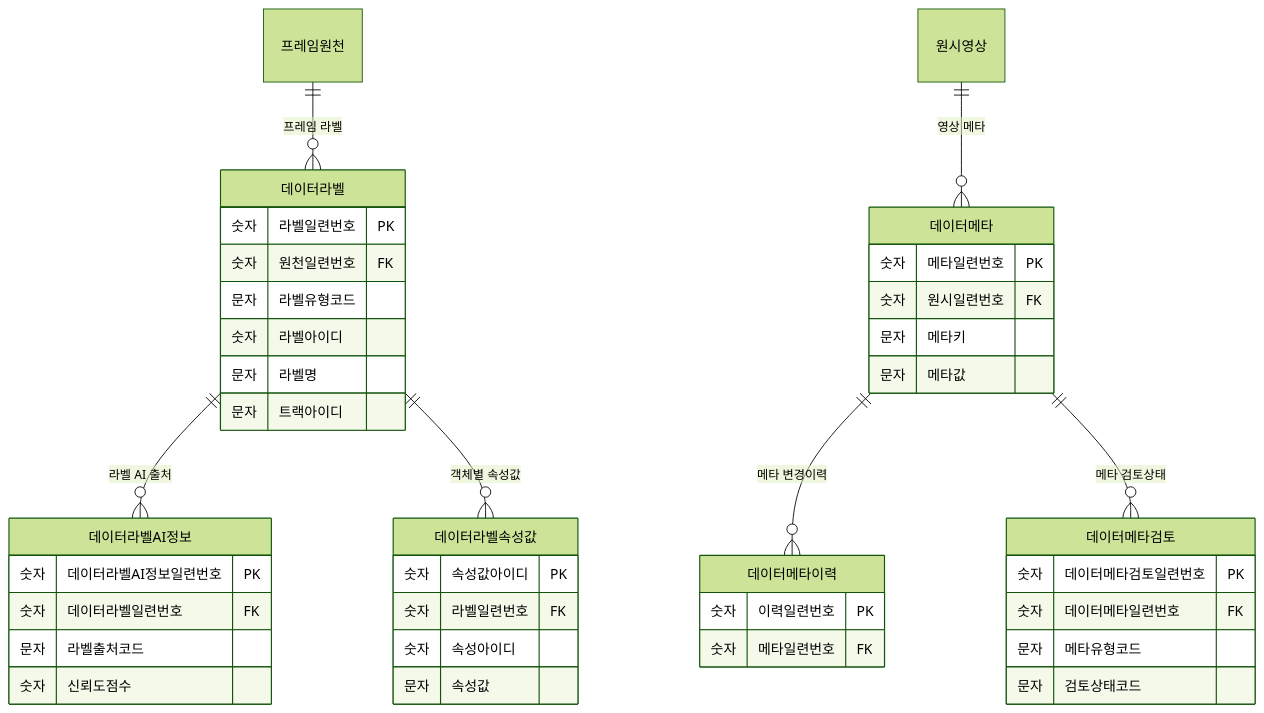
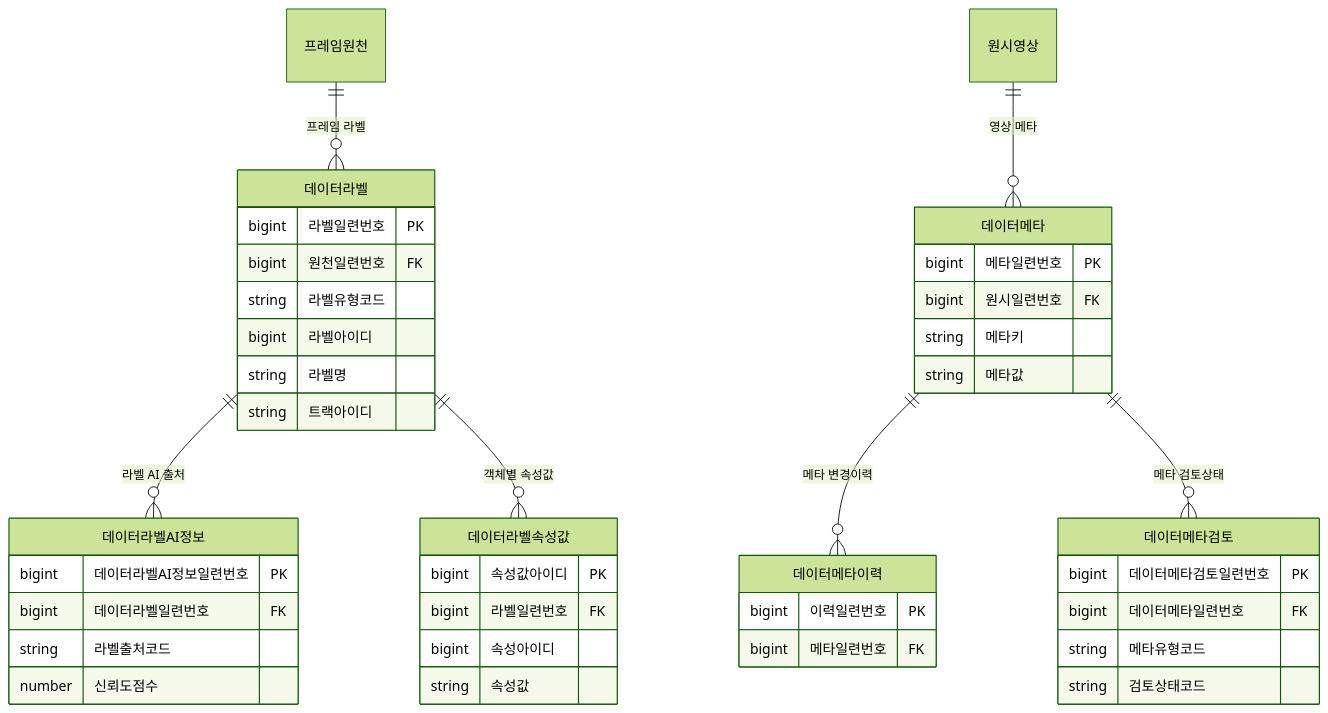
The second of 14 diagrams in docs/0705/D8-엔티티관계모형설계서.md (New-stella/klid-label), drawn with Mermaid (forest theme) before and after one commit. The commit also changed other lines of this file and 1 other file, not shown here.

First line of the commit message:
docs(D8): §2 속성명 한글화 + §1 ERD 타입 물리 원형 복원

````diff
--- a/docs/0705/D8-엔티티관계모형설계서.md
+++ b/docs/0705/D8-엔티티관계모형설계서.md
@@ -99,51 +99,51 @@
 ```mermaid
 erDiagram
     프레임원천 ||--o{ 데이터라벨 : "프레임 라벨"
     데이터라벨 ||--o{ 데이터라벨AI정보 : "라벨 AI 출처"
     데이터라벨 ||--o{ 데이터라벨속성값 : "객체별 속성값"
     원시영상 ||--o{ 데이터메타 : "영상 메타"
     데이터메타 ||--o{ 데이터메타이력 : "메타 변경이력"
     데이터메타 ||--o{ 데이터메타검토 : "메타 검토상태"
     데이터라벨 {
         %% class: LsDataLbl (KLID-AT-DC-073)
-        숫자 라벨일련번호 PK
-        숫자 원천일련번호 FK
-        문자 라벨유형코드
-        숫자 라벨아이디
-        문자 라벨명
-        문자 트랙아이디
+        bigint 라벨일련번호 PK
+        bigint 원천일련번호 FK
+        string 라벨유형코드
+        bigint 라벨아이디
+        string 라벨명
+        string 트랙아이디
     }
     데이터라벨AI정보 {
         %% class: LsDataLblAiInfo (KLID-AT-DC-078)
-        숫자 데이터라벨AI정보일련번호 PK
-        숫자 데이터라벨일련번호 FK
-        문자 라벨출처코드
-        숫자 신뢰도점수
+        bigint 데이터라벨AI정보일련번호 PK
+        bigint 데이터라벨일련번호 FK
+        string 라벨출처코드
+        number 신뢰도점수
     }
     데이터라벨속성값 {
         %% class: LsDataLblAttrVal (KLID-AT-DC-074)
-        숫자 속성값아이디 PK
-        숫자 라벨일련번호 FK
-        숫자 속성아이디
-        문자 속성값
+        bigint 속성값아이디 PK
+        bigint 라벨일련번호 FK
+        bigint 속성아이디
+        string 속성값
     }
     데이터메타 {
         %% class: LsDataMeta (KLID-AT-DC-044)
-        숫자 메타일련번호 PK
-        숫자 원시일련번호 FK
-        문자 메타키
-        문자 메타값
+        bigint 메타일련번호 PK
+        bigint 원시일련번호 FK
+        string 메타키
+        string 메타값
     }
     데이터메타이력 {
         %% class: - ※ (D1 미정의 · 부속/이력 엔티티)
-        숫자 이력일련번호 PK
-        숫자 메타일련번호 FK
+        bigint 이력일련번호 PK
+        bigint 메타일련번호 FK
     }
     데이터메타검토 {
         %% class: LsDataMetaReview (KLID-AT-DC-112)
-        숫자 데이터메타검토일련번호 PK
-        숫자 데이터메타일련번호 FK
-        문자 메타유형코드
-        문자 검토상태코드
+        bigint 데이터메타검토일련번호 PK
+        bigint 데이터메타일련번호 FK
+        string 메타유형코드
+        string 검토상태코드
     }
 ```
````
